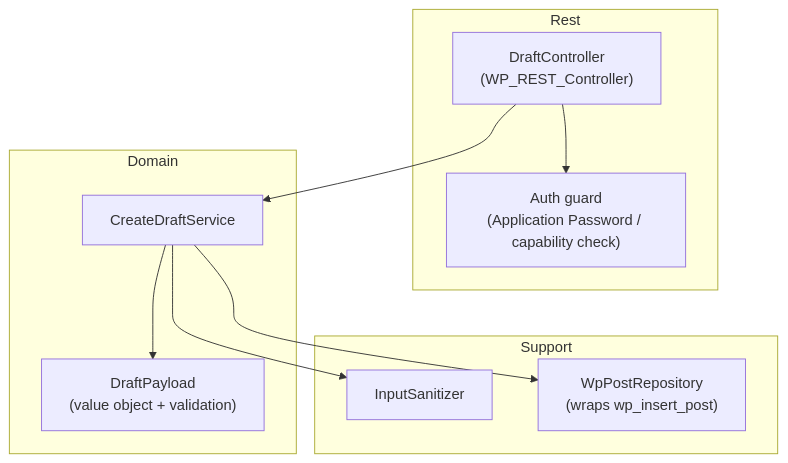
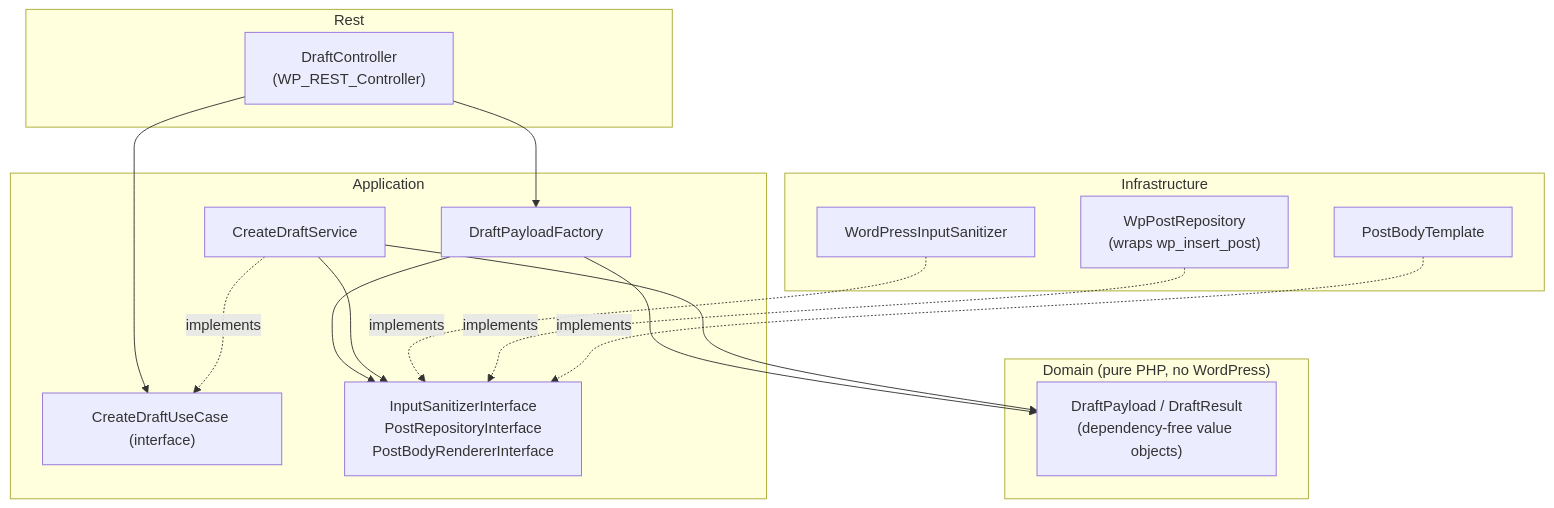
One commit to dopodomani/wp-share-to-draft changed the third of 4 diagrams in docs/architecture.md. Above: the diagram before and after it, drawn with Mermaid. The commit also changed other lines of this file, not shown here.

Commit message:
docs: sync architecture.md WordPress layering diagram with revised plugin design

````diff
--- a/docs/architecture.md
+++ b/docs/architecture.md
@@ -84,23 +86,34 @@
 ```mermaid
 flowchart TB
     subgraph rest["Rest"]
         Controller["DraftController\n(WP_REST_Controller)"]
-        Auth["Auth guard\n(Application Password / capability check)"]
     end
 
-    subgraph domainp["Domain"]
+    subgraph application["Application"]
+        UseCase["CreateDraftUseCase (interface)"]
         Service["CreateDraftService"]
-        VO["DraftPayload\n(value object + validation)"]
+        Factory["DraftPayloadFactory"]
+        Ports["InputSanitizerInterface\nPostRepositoryInterface\nPostBodyRendererInterface"]
     end
 
-    subgraph support["Support"]
-        Sanitizer["InputSanitizer"]
-        PostRepo["WpPostRepository\n(wraps wp_insert_post)"]
+    subgraph domainp["Domain (pure PHP, no WordPress)"]
+        VO["DraftPayload / DraftResult\n(dependency-free value objects)"]
     end
 
-    Controller --> Auth
-    Controller --> Service
+    subgraph infra["Infrastructure"]
+        WpSanitizer["WordPressInputSanitizer"]
+        PostRepo["WpPostRepository\n(wraps wp_insert_post)"]
+        WpTemplate["PostBodyTemplate"]
+    end
+
+    Controller --> UseCase
+    Controller --> Factory
+    Factory --> Ports
+    Factory --> VO
+    Service -.implements.-> UseCase
+    Service --> Ports
     Service --> VO
-    Service --> Sanitizer
-    Service --> PostRepo
+    WpSanitizer -.implements.-> Ports
+    PostRepo -.implements.-> Ports
+    WpTemplate -.implements.-> Ports
 ```
````
